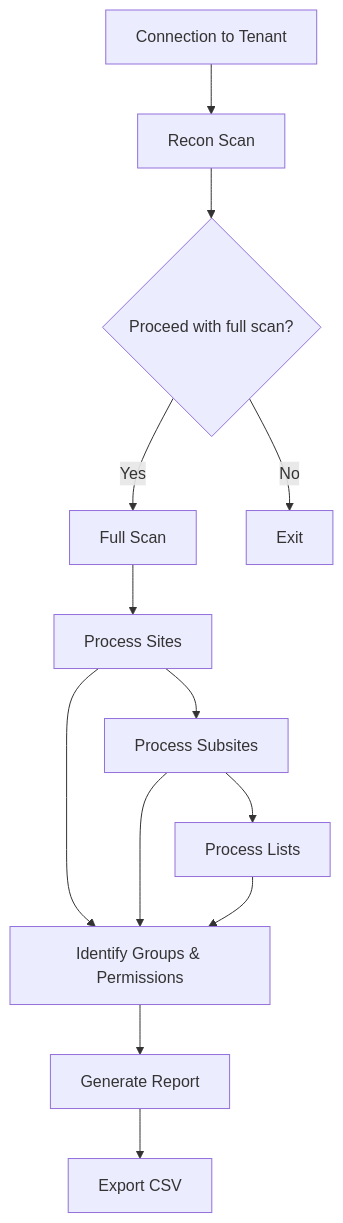
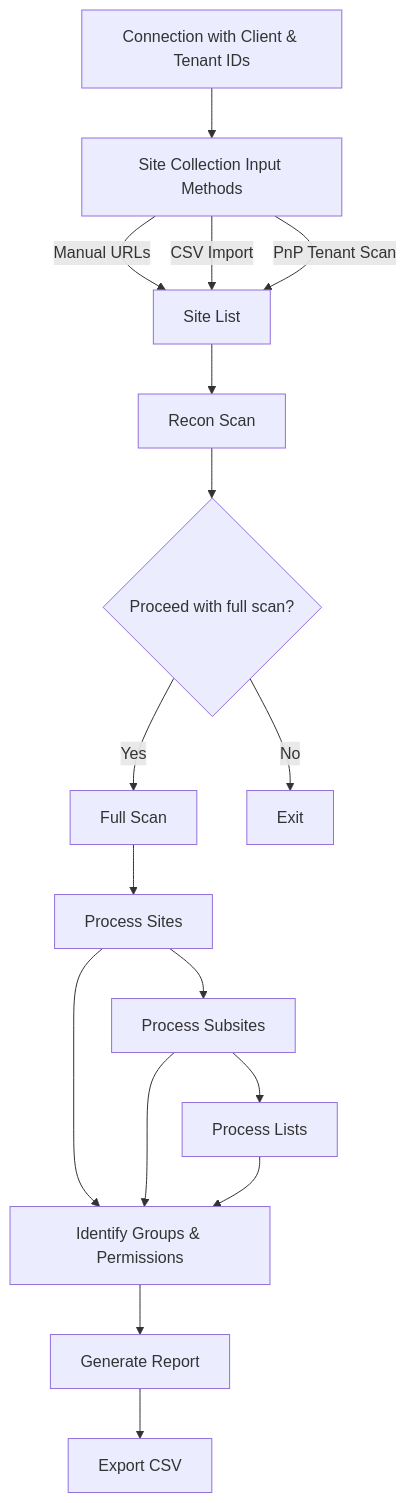
One commit to GitHubMWJ/T2T-SharePointFullPermissions changed the diagram in README.md. Above: the diagram before and after it, drawn with Mermaid. The commit also changed other lines of this file, not shown here.

Commit message:
Updated with tenant ID

````diff
--- a/README.md
+++ b/README.md
@@ -101,15 +108,19 @@
 ```mermaid
 graph TD
-    A[Connection to Tenant] --> B[Recon Scan]
-    B --> C{Proceed with full scan?}
-    C -->|Yes| D[Full Scan]
-    C -->|No| H[Exit]
-    D --> E[Process Sites]
-    E --> F[Process Subsites]
-    F --> G[Process Lists]
-    E --> I[Identify Groups & Permissions]
-    F --> I
-    G --> I
-    I --> J[Generate Report]
-    J --> K[Export CSV]
+    A[Connection with Client & Tenant IDs] --> B[Site Collection Input Methods]
+    B -->|Manual URLs| C[Site List]
+    B -->|CSV Import| C
+    B -->|PnP Tenant Scan| C
+    C --> D[Recon Scan]
+    D --> E{Proceed with full scan?}
+    E -->|Yes| F[Full Scan]
+    E -->|No| K[Exit]
+    F --> G[Process Sites]
+    G --> H[Process Subsites]
+    H --> I[Process Lists]
+    G --> J[Identify Groups & Permissions]
+    H --> J
+    I --> J
+    J --> L[Generate Report]
+    L --> M[Export CSV]
 ```
````
